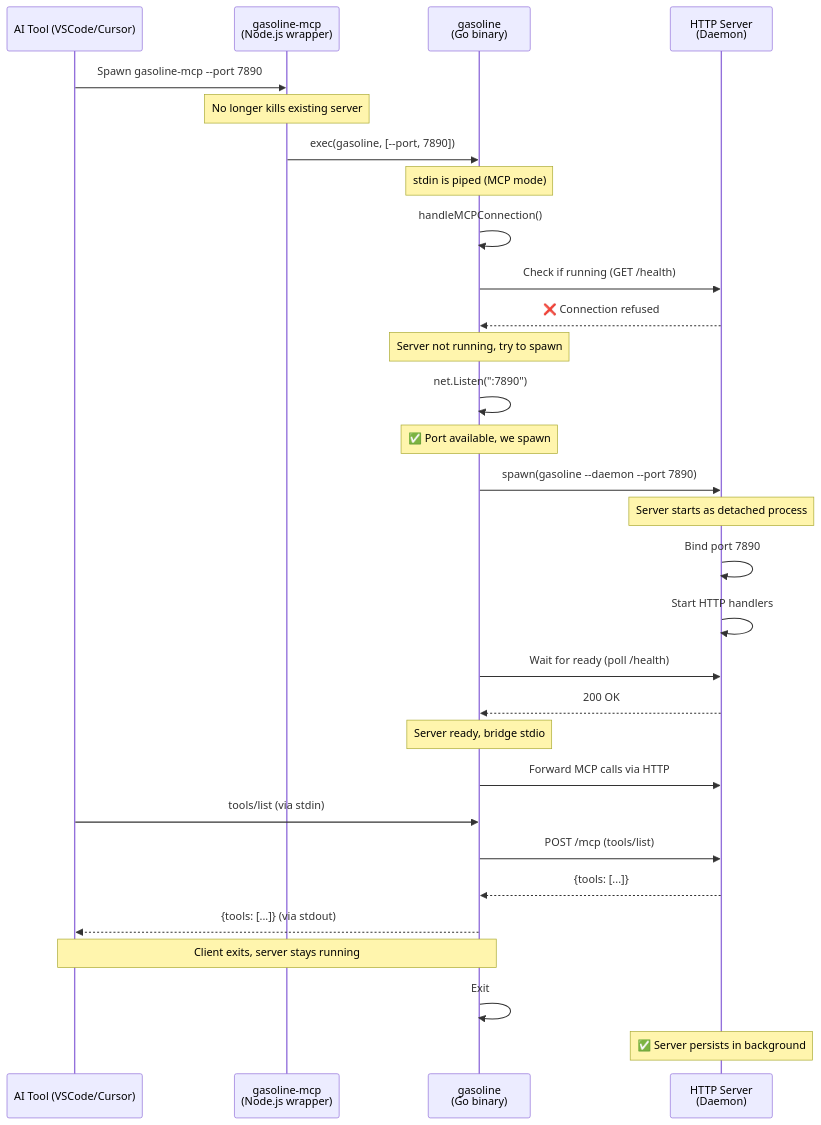
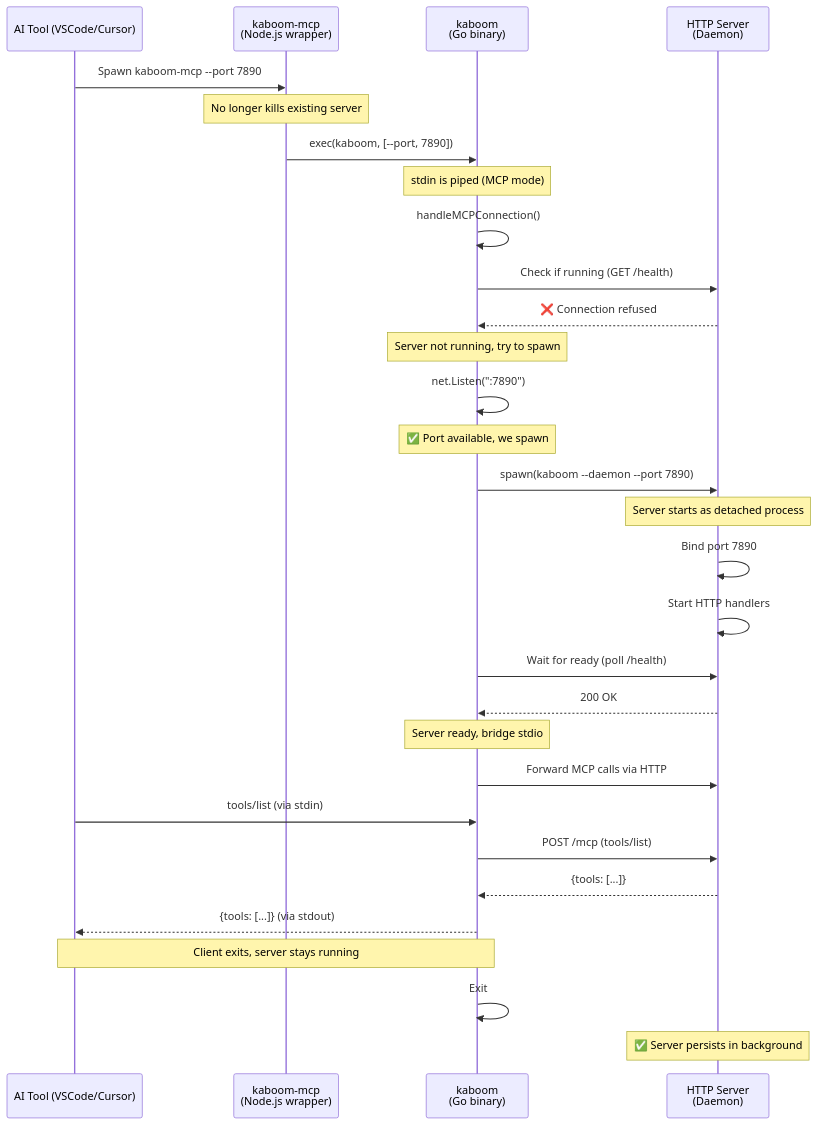
Before and after one commit to brennhill/gasoline-mcp-ai-devtools: the first of 17 diagrams in docs/features/mcp-persistent-server/architecture.md, drawn with Mermaid. The commit also changed other lines of this file and 1983 other files, not shown here.

````diff
--- a/docs/features/mcp-persistent-server/architecture.md
+++ b/docs/features/mcp-persistent-server/architecture.md
@@ -24,39 +24,39 @@
 ```mermaid
 sequenceDiagram
     participant User as AI Tool (VSCode/Cursor)
-    participant Wrapper as gasoline-mcp<br/>(Node.js wrapper)
-    participant Binary as gasoline<br/>(Go binary)
+    participant Wrapper as kaboom-mcp<br/>(Node.js wrapper)
+    participant Binary as kaboom<br/>(Go binary)
     participant Server as HTTP Server<br/>(Daemon)
 
-    User->>Wrapper: Spawn gasoline-mcp --port 7890
+    User->>Wrapper: Spawn kaboom-mcp --port 7890
     Note over Wrapper: No longer kills existing server
-    Wrapper->>Binary: exec(gasoline, [--port, 7890])
+    Wrapper->>Binary: exec(kaboom, [--port, 7890])
     Note over Binary: stdin is piped (MCP mode)
 
     Binary->>Binary: handleMCPConnection()
     Binary->>Server: Check if running (GET /health)
     Server-->>Binary: ❌ Connection refused
 
     Note over Binary: Server not running, try to spawn
     Binary->>Binary: net.Listen(":7890")
     Note over Binary: ✅ Port available, we spawn
 
-    Binary->>Server: spawn(gasoline --daemon --port 7890)
+    Binary->>Server: spawn(kaboom --daemon --port 7890)
     Note over Server: Server starts as detached process
     Server->>Server: Bind port 7890
     Server->>Server: Start HTTP handlers
 
     Binary->>Server: Wait for ready (poll /health)
     Server-->>Binary: 200 OK
 
     Note over Binary: Server ready, bridge stdio
     Binary->>Server: Forward MCP calls via HTTP
     User->>Binary: tools/list (via stdin)
     Binary->>Server: POST /mcp (tools/list)
     Server-->>Binary: {tools: [...]}
     Binary-->>User: {tools: [...]} (via stdout)
 
     Note over User,Binary: Client exits, server stays running
     Binary->>Binary: Exit
     Note over Server: ✅ Server persists in background
 ```
````
